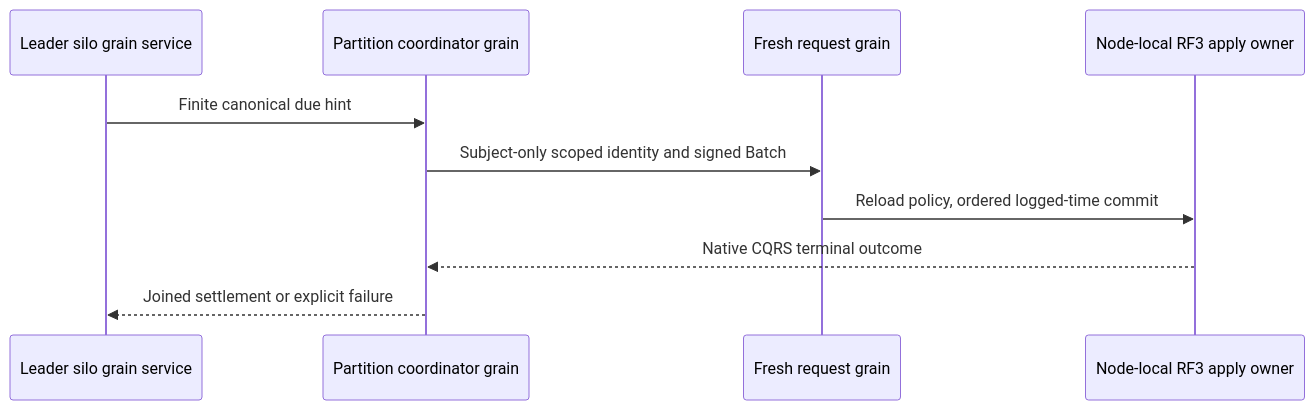
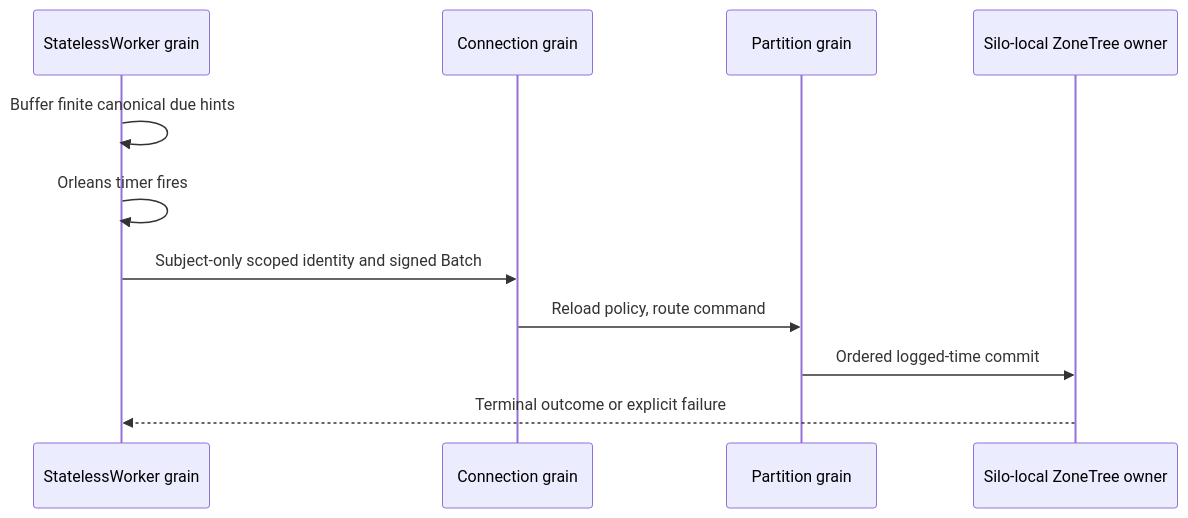
The diagram in docs/ADR/ADR-094-orleans-due-coordination.md (managedcode/KeyLoad), drawn with Mermaid before and after one commit. The commit also changed other lines of this file and 271 other files, not shown here.

````diff
--- a/docs/ADR/ADR-094-orleans-due-coordination.md
+++ b/docs/ADR/ADR-094-orleans-due-coordination.md
@@ -48,12 +65,13 @@
 ```mermaid
 sequenceDiagram
-  participant Service as Leader silo grain service
-  participant Coordinator as Partition coordinator grain
-  participant Request as Fresh request grain
-  participant Host as Node-local RF3 apply owner
-  Service->>Coordinator: Finite canonical due hint
-  Coordinator->>Request: Subject-only scoped identity and signed Batch
-  Request->>Host: Reload policy, ordered logged-time commit
-  Host-->>Coordinator: Native CQRS terminal outcome
-  Coordinator-->>Service: Joined settlement or explicit failure
+  participant Worker as StatelessWorker grain
+  participant Conn as Connection grain
+  participant Part as Partition grain
+  participant Owner as Silo-local ZoneTree owner
+  Worker->>Worker: Buffer finite canonical due hints
+  Worker->>Worker: Orleans timer fires
+  Worker->>Conn: Subject-only scoped identity and signed Batch
+  Conn->>Part: Reload policy, route command
+  Part->>Owner: Ordered logged-time commit
+  Owner-->>Worker: Terminal outcome or explicit failure
 ```
````
